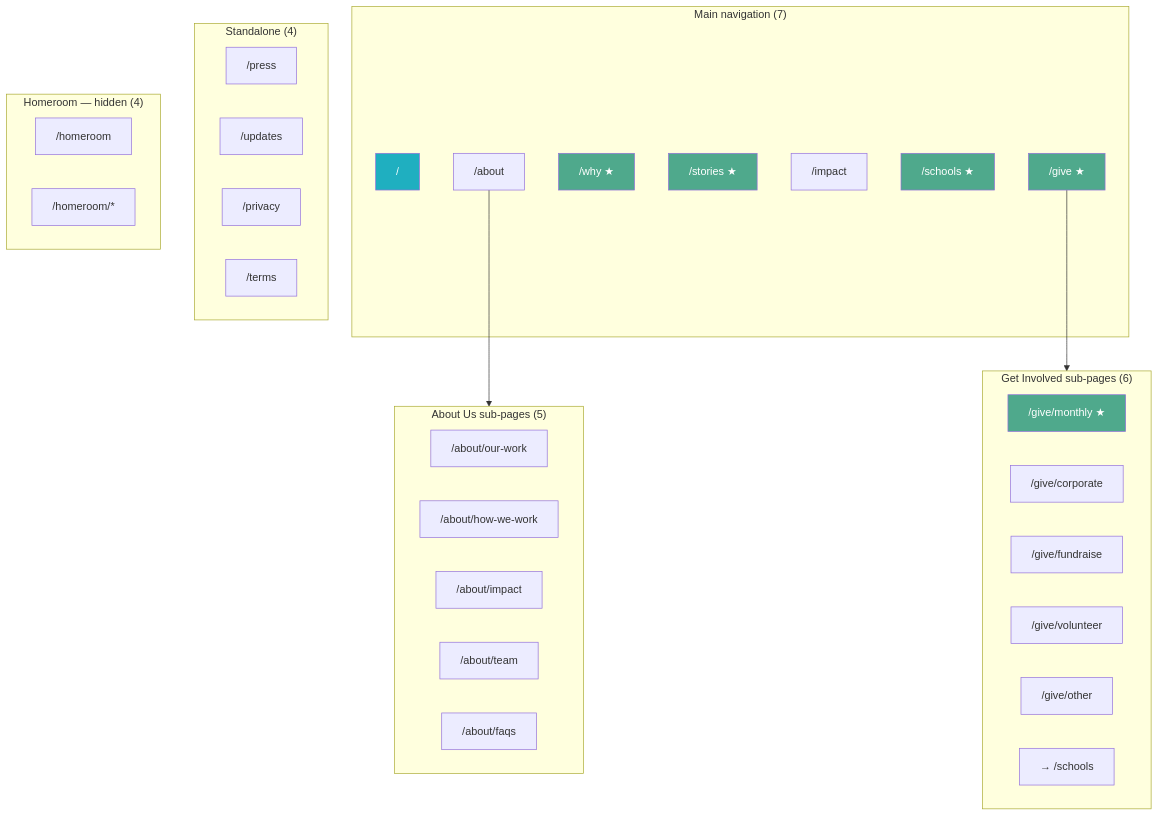
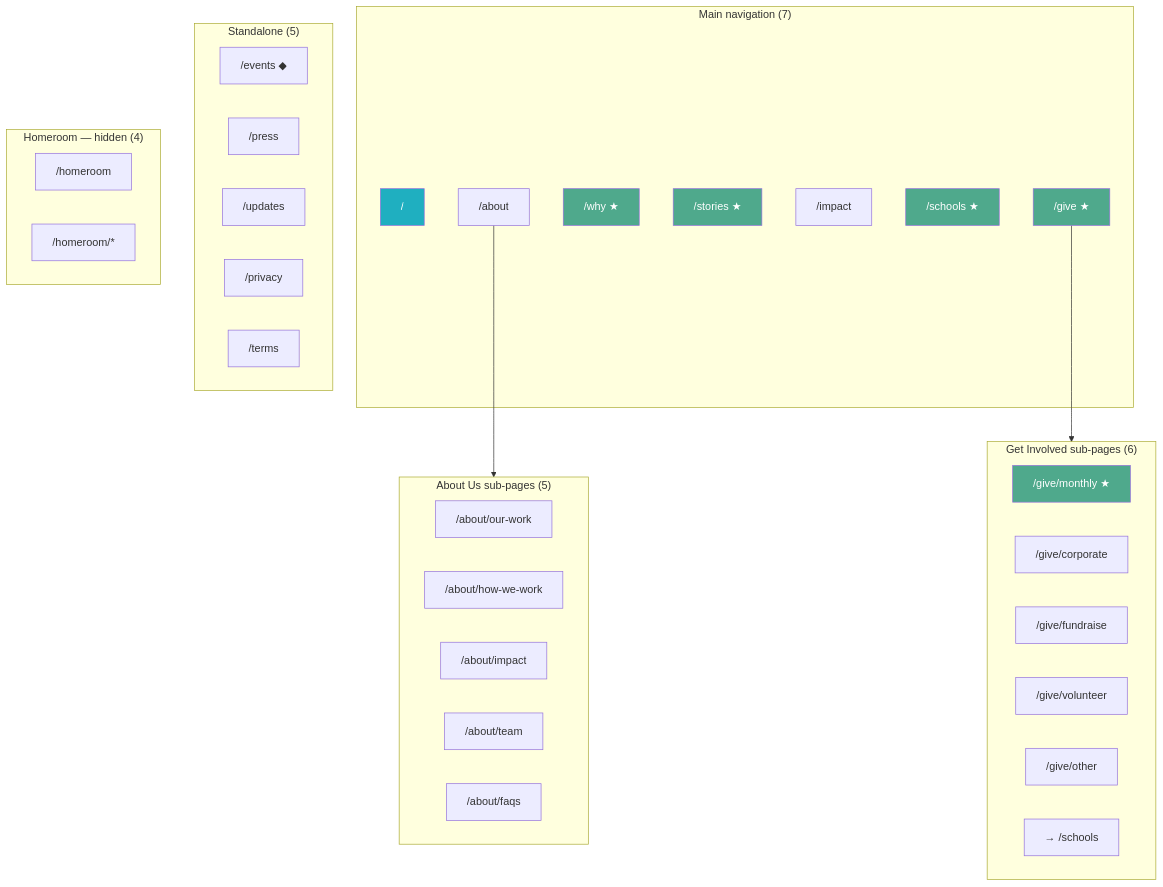
Before and after one commit to Contentment-Foundation/Contentment-Website-2026: the first of 2 diagrams in docs/WEBSITE-ARCHITECTURE.md, drawn with Mermaid. The commit also changed other lines of this file and 6 other files, not shown here.

````diff
--- a/docs/WEBSITE-ARCHITECTURE.md
+++ b/docs/WEBSITE-ARCHITECTURE.md
@@ -46,51 +46,52 @@
 ```mermaid
 flowchart TB
     subgraph nav["Main navigation (7)"]
         home["/"]
         about["/about"]
         why["/why ★"]
         stories["/stories ★"]
         impact["/impact"]
         schools["/schools ★"]
         give["/give ★"]
     end
 
     subgraph about_sub["About Us sub-pages (5)"]
         aw["/about/our-work"]
         hww["/about/how-we-work"]
         ai["/about/impact"]
         team["/about/team"]
         faqs["/about/faqs"]
     end
 
     subgraph give_sub["Get Involved sub-pages (6)"]
         monthly["/give/monthly ★"]
         corp["/give/corporate"]
         fundraise["/give/fundraise"]
         volunteer["/give/volunteer"]
         other["/give/other"]
         schools_link["→ /schools"]
     end
 
-    subgraph utility["Standalone (4)"]
+    subgraph utility["Standalone (5)"]
+        events["/events ◆"]
         press["/press"]
         updates["/updates"]
         privacy["/privacy"]
         terms["/terms"]
     end
 
     subgraph hidden["Homeroom — hidden (4)"]
         hr["/homeroom"]
         hr_sub["/homeroom/*"]
     end
 
     about --> about_sub
     give --> give_sub
 
     style home fill:#1FAFC0,color:#fff
     style why fill:#4FA98C,color:#fff
     style stories fill:#4FA98C,color:#fff
     style schools fill:#4FA98C,color:#fff
     style give fill:#4FA98C,color:#fff
     style monthly fill:#4FA98C,color:#fff
 ```
````
